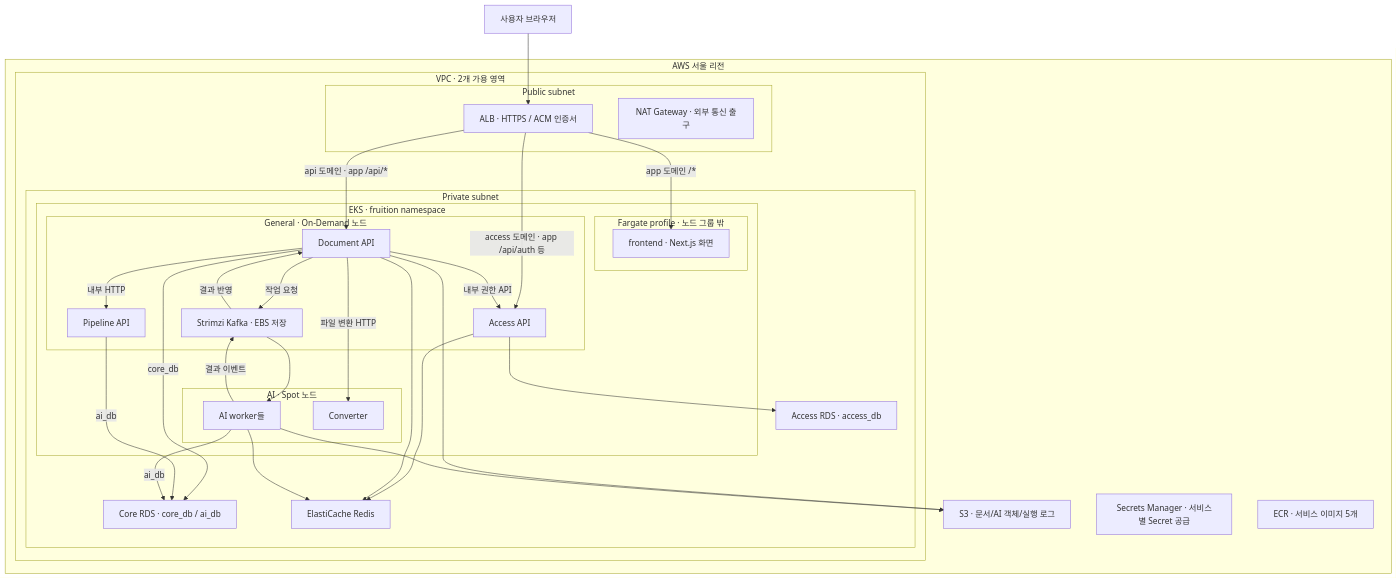
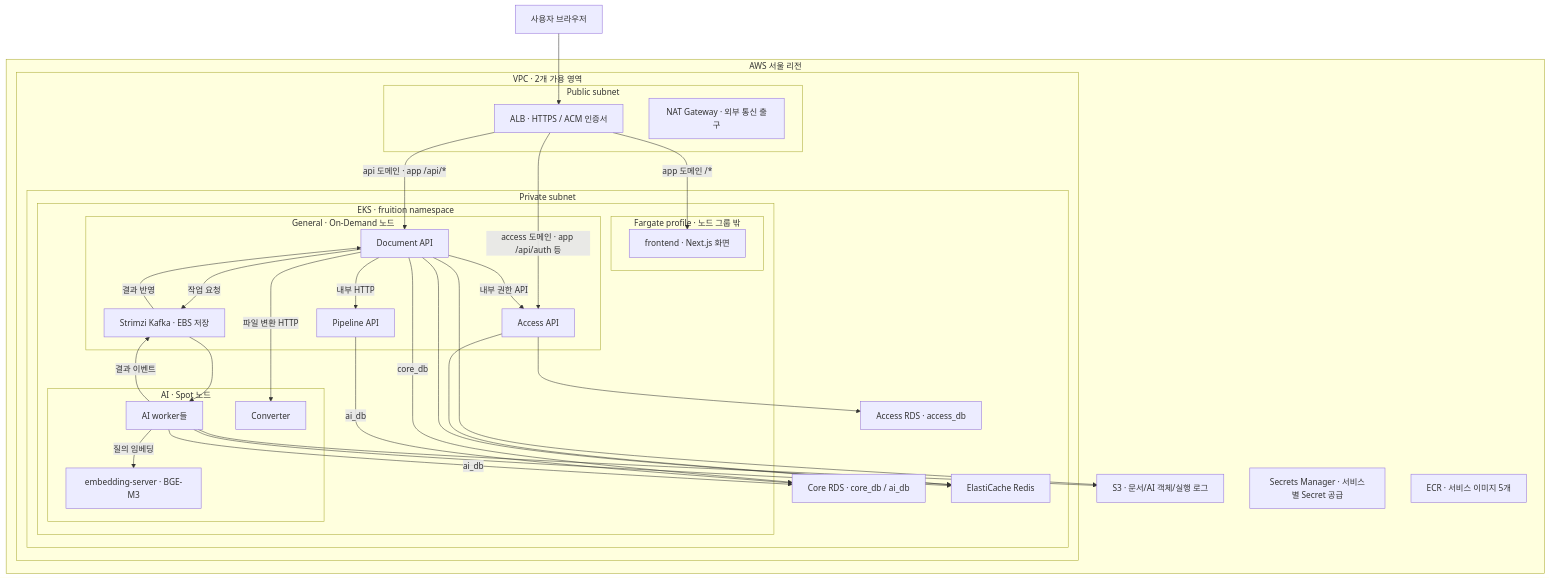
The second of 2 diagrams in docs/architecture.md (FruitionKR/Fruition-flatform), drawn with Mermaid before and after one commit. The commit also changed other lines of this file and 32 other files, not shown here.

````diff
--- a/docs/architecture.md
+++ b/docs/architecture.md
@@ -143,54 +143,56 @@
 ```mermaid
 flowchart TB
     user["사용자 브라우저"] --> alb
     subgraph aws["AWS 서울 리전"]
         subgraph vpc["VPC · 2개 가용 영역"]
             subgraph public["Public subnet"]
                 alb["ALB · HTTPS / ACM 인증서"]
                 nat["NAT Gateway · 외부 통신 출구"]
             end
             subgraph private["Private subnet"]
                 subgraph eks["EKS · fruition namespace"]
                     subgraph fargate["Fargate profile · 노드 그룹 밖"]
                         frontend["frontend · Next.js 화면"]
                     end
                     subgraph general["General · On-Demand 노드"]
                         access["Access API"]
                         document["Document API"]
                         pipeline["Pipeline API"]
                         kafka["Strimzi Kafka · EBS 저장"]
                     end
                     subgraph spot["AI · Spot 노드"]
                         workers["AI worker들"]
                         converter["Converter"]
+                        embedding["embedding-server · BGE-M3"]
                     end
                 end
                 accessdb["Access RDS · access_db"]
                 coredb["Core RDS · core_db / ai_db"]
                 redis["ElastiCache Redis"]
             end
         end
         s3["S3 · 문서/AI 객체/실행 로그"]
         secrets["Secrets Manager · 서비스별 Secret 공급"]
         ecr["ECR · 서비스 이미지 5개"]
     end
     alb -->|"app 도메인 /*"| frontend
     alb -->|"access 도메인 · app /api/auth 등"| access
     alb -->|"api 도메인 · app /api/*"| document
     document -->|"내부 권한 API"| access
     document -->|"내부 HTTP"| pipeline
     document -->|"파일 변환 HTTP"| converter
     document -->|"작업 요청"| kafka
     kafka --> workers
     workers -->|"결과 이벤트"| kafka
+    workers -->|"질의 임베딩"| embedding
     kafka -->|"결과 반영"| document
     access --> accessdb
     document -->|"core_db"| coredb
     pipeline -->|"ai_db"| coredb
     workers -->|"ai_db"| coredb
     access --> redis
     document --> redis
     workers --> redis
     document --> s3
     workers --> s3
 ```
````
